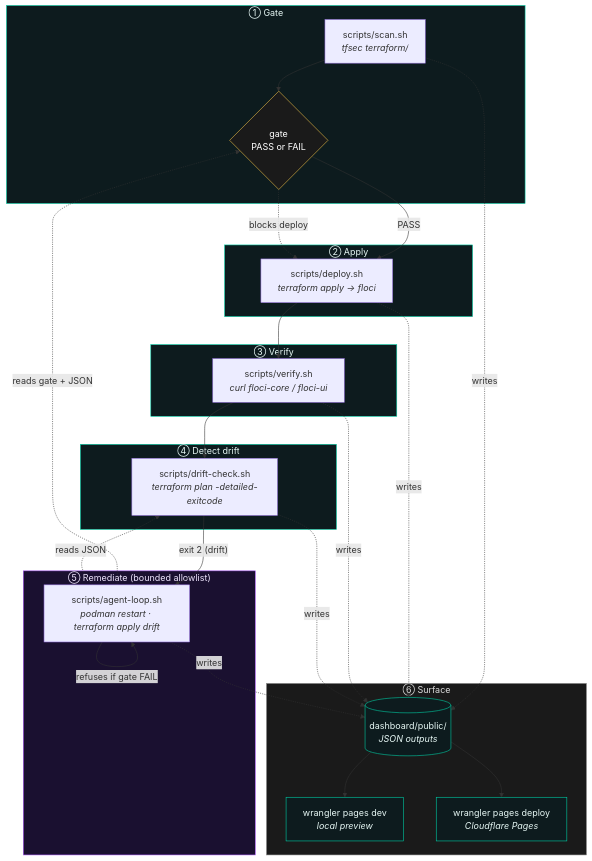
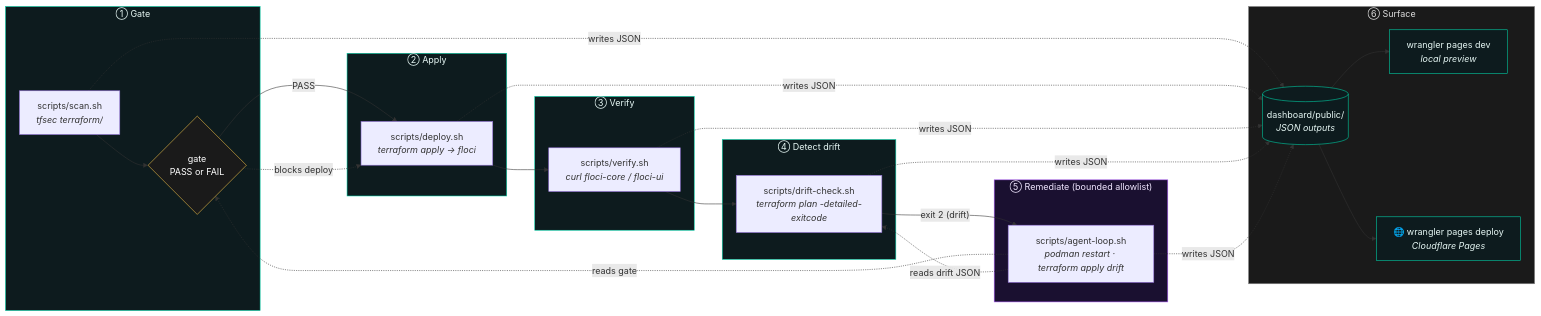
The first of 2 diagrams in README.md (arifbazli/shift-left-cloud-sandbox), drawn with Mermaid before and after one commit. The commit also changed other lines of this file, not shown here.

````diff
--- a/README.md
+++ b/README.md
@@ -50,58 +25,55 @@
 ```mermaid
-flowchart TD
-    subgraph SCAN["① Gate"]
-        S1["scripts/scan.sh<br/><i>tfsec terraform/</i>"]
-        G{"gate<br/>PASS or FAIL"}
-        S1 --> G
+flowchart LR
+    subgraph S1["① Gate"]
+        SCAN["scripts/scan.sh<br/><i>tfsec terraform/</i>"]
+        GATE{"gate<br/>PASS or FAIL"}
+        SCAN --> GATE
     end
 
-    subgraph DEPLOY["② Apply"]
-        D1["scripts/deploy.sh<br/><i>terraform apply → floci</i>"]
+    subgraph S2["② Apply"]
+        DEPLOY["scripts/deploy.sh<br/><i>terraform apply → floci</i>"]
     end
 
-    subgraph VERIFY["③ Verify"]
-        V1["scripts/verify.sh<br/><i>curl floci-core / floci-ui</i>"]
+    subgraph S3["③ Verify"]
+        VERIFY["scripts/verify.sh<br/><i>curl floci-core / floci-ui</i>"]
     end
 
-    subgraph DRIFT["④ Detect drift"]
-        DC1["scripts/drift-check.sh<br/><i>terraform plan -detailed-exitcode</i>"]
+    subgraph S4["④ Detect drift"]
+        DRIFT["scripts/drift-check.sh<br/><i>terraform plan -detailed-exitcode</i>"]
     end
 
-    subgraph AGENT["⑤ Remediate (bounded allowlist)"]
-        A1["scripts/agent-loop.sh<br/><i>podman restart · terraform apply drift</i>"]
-        A1 -->|"refuses if gate FAIL"| A1
+    subgraph S5["⑤ Remediate (bounded allowlist)"]
+        AGENT["scripts/agent-loop.sh<br/><i>podman restart · terraform apply drift</i>"]
     end
 
-    subgraph DASH["⑥ Surface"]
-        DB[("dashboard/public/<br/><i>JSON outputs</i>")]
-        WR["wrangler pages dev<br/><i>local preview</i>"]
-        WRD["wrangler pages deploy<br/><i>Cloudflare Pages</i>"]
-        DB --> WR
-        DB --> WRD
+    subgraph S6["⑥ Surface"]
+        DASH[("dashboard/public/<br/><i>JSON outputs</i>")]
+        LOCAL["wrangler pages dev<br/><i>local preview</i>"]
+        LIVE["🌐 wrangler pages deploy<br/><i>Cloudflare Pages</i>"]
+        DASH --> LOCAL
+        DASH --> LIVE
     end
 
-    G -->|"PASS"| D1
-    D1 --> V1
-    V1 --> DC1
-    DC1 -->|"exit 2 (drift)"| A1
-    G -. "blocks deploy" .-> D1
-    A1 -. "reads gate + JSON" .-> G
-    A1 -. "reads JSON" .-> DC1
+    GATE -->|"PASS"| DEPLOY --> VERIFY --> DRIFT -->|"exit 2 (drift)"| AGENT
 
-    S1 -. "writes" .-> DB
-    D1  -. "writes" .-> DB
-    V1  -. "writes" .-> DB
-    DC1 -. "writes" .-> DB
-    A1  -. "writes" .-> DB
+    GATE -. "blocks deploy" .-> DEPLOY
+    AGENT -. "reads gate" .-> GATE
+    AGENT -. "reads drift JSON" .-> DRIFT
 
-    style SCAN  fill:#0d1b1e,stroke:#00d4aa,color:#e6f7f4
-    style DEPLOY fill:#0d1b1e,stroke:#00d4aa,color:#e6f7f4
-    style VERIFY fill:#0d1b1e,stroke:#00d4aa,color:#e6f7f4
-    style DRIFT  fill:#0d1b1e,stroke:#00d4aa,color:#e6f7f4
-    style AGENT  fill:#1a1030,stroke:#a855f7,color:#f0e6ff
-    style DASH   fill:#1a1a1a,stroke:#888888,color:#dddddd
-    style G      fill:#1a1a1a,stroke:#f6c54b,color:#ffffff
-    style DB     fill:#0d1b1e,stroke:#00d4aa,color:#e6f7f4
-    style WR     fill:#0d1b1e,stroke:#00d4aa,color:#e6f7f4
-    style WRD    fill:#0d1b1e,stroke:#00d4aa,color:#e6f7f4
+    SCAN -. "writes JSON" .-> DASH
+    DEPLOY -. "writes JSON" .-> DASH
+    VERIFY -. "writes JSON" .-> DASH
+    DRIFT  -. "writes JSON" .-> DASH
+    AGENT  -. "writes JSON" .-> DASH
+
+    style S1 fill:#0d1b1e,stroke:#00d4aa,color:#e6f7f4
+    style S2 fill:#0d1b1e,stroke:#00d4aa,color:#e6f7f4
+    style S3 fill:#0d1b1e,stroke:#00d4aa,color:#e6f7f4
+    style S4 fill:#0d1b1e,stroke:#00d4aa,color:#e6f7f4
+    style S5 fill:#1a1030,stroke:#a855f7,color:#f0e6ff
+    style S6 fill:#1a1a1a,stroke:#888888,color:#dddddd
+    style GATE  fill:#1a1a1a,stroke:#f6c54b,color:#ffffff
+    style LIVE  fill:#0d1b1e,stroke:#00d4aa,color:#e6f7f4
+    style DASH  fill:#0d1b1e,stroke:#00d4aa,color:#e6f7f4
+    style LOCAL fill:#0d1b1e,stroke:#00d4aa,color:#e6f7f4
 ```
````
